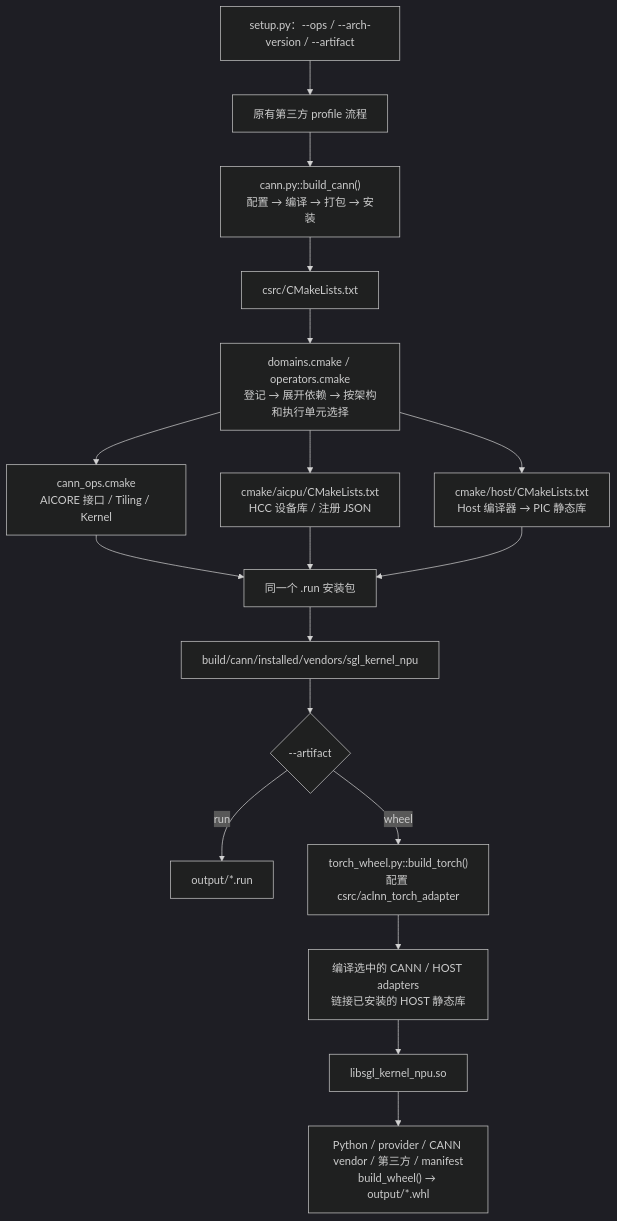
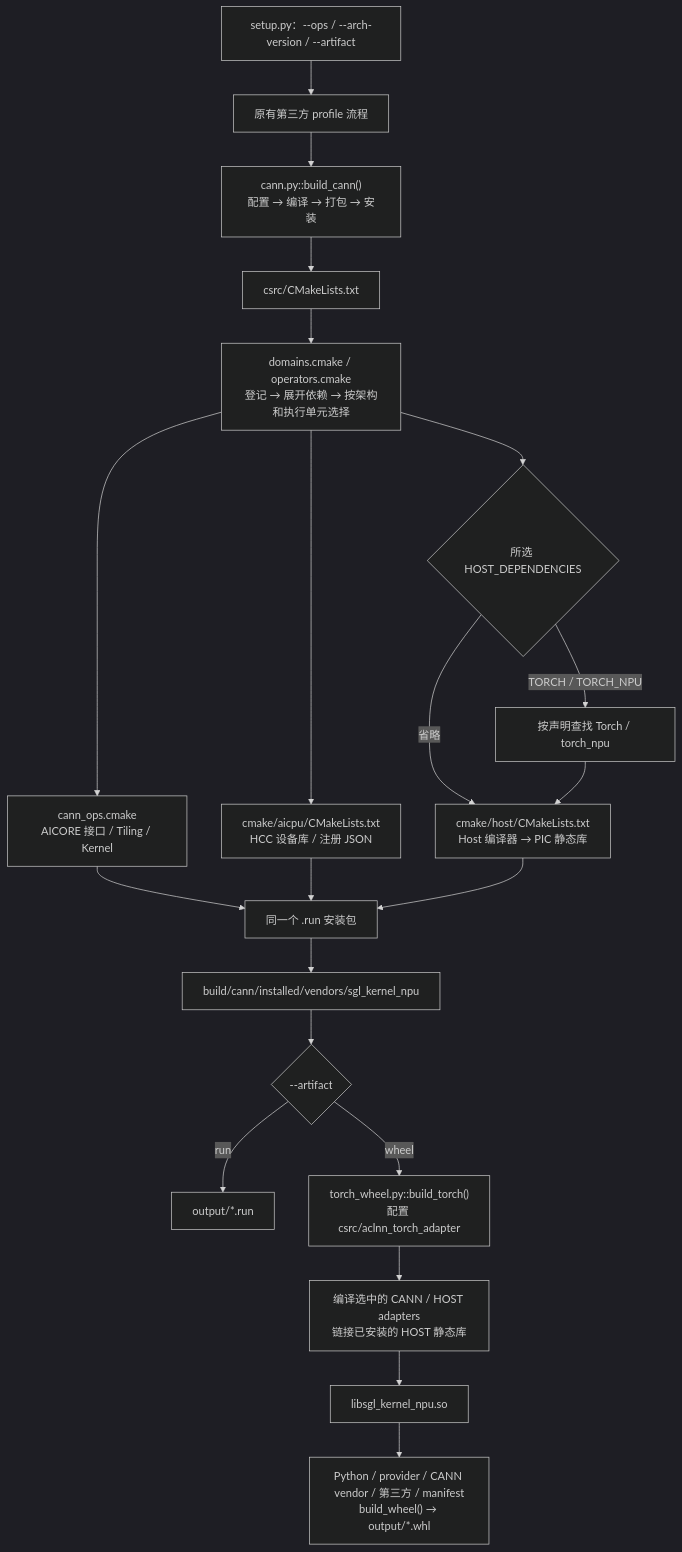
Before and after one commit to sgl-project/sgl-kernel-npu: the diagram in docs/build_architecture.md, drawn with Mermaid (dark theme). The commit also changed other lines of this file and 7 other files, not shown here.

Commit message:
build: load Torch only for declared HOST dependencies

````diff
--- a/docs/build_architecture.md
+++ b/docs/build_architecture.md
@@ -7,20 +7,23 @@
 ```mermaid
 flowchart TD
     CLI["setup.py：--ops / --arch-version / --artifact"] --> TP["原有第三方 profile 流程"]
     TP --> BUILD["cann.py::build_cann()<br/>配置 → 编译 → 打包 → 安装"]
     BUILD --> ROOT["csrc/CMakeLists.txt"]
     ROOT --> REG["domains.cmake / operators.cmake<br/>登记 → 展开依赖 → 按架构和执行单元选择"]
     REG --> CORE["cann_ops.cmake<br/>AICORE 接口 / Tiling / Kernel"]
     REG --> CPU["cmake/aicpu/CMakeLists.txt<br/>HCC 设备库 / 注册 JSON"]
-    REG --> HOST["cmake/host/CMakeLists.txt<br/>Host 编译器 → PIC 静态库"]
+    REG --> HOSTDEPS{"所选 HOST_DEPENDENCIES"}
+    HOSTDEPS -->|省略| HOST["cmake/host/CMakeLists.txt<br/>Host 编译器 → PIC 静态库"]
+    HOSTDEPS -->|TORCH / TORCH_NPU| TORCHDEPS["按声明查找 Torch / torch_npu"]
+    TORCHDEPS --> HOST
     CORE --> RUN["同一个 .run 安装包"]
     CPU --> RUN
     HOST --> RUN
     RUN --> INSTALL["build/cann/installed/vendors/sgl_kernel_npu"]
     INSTALL --> ART{"--artifact"}
     ART -->|run| OUTRUN["output/*.run"]
     ART -->|wheel| TORCH["torch_wheel.py::build_torch()<br/>配置 csrc/aclnn_torch_adapter"]
     TORCH --> ADAPTER["编译选中的 CANN / HOST adapters<br/>链接已安装的 HOST 静态库"]
     ADAPTER --> SO["libsgl_kernel_npu.so"]
     SO --> WHEEL["Python / provider / CANN vendor / 第三方 / manifest<br/>build_wheel() → output/*.whl"]
 ```
````
